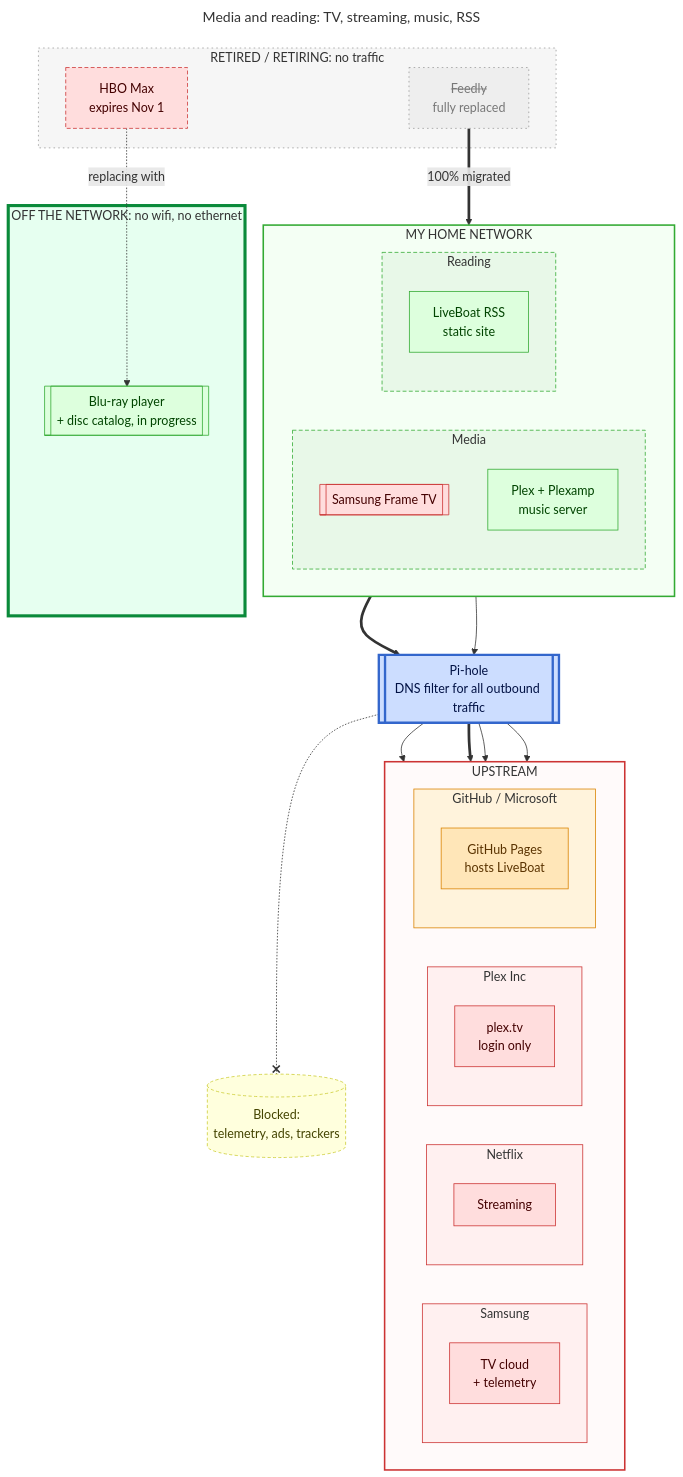
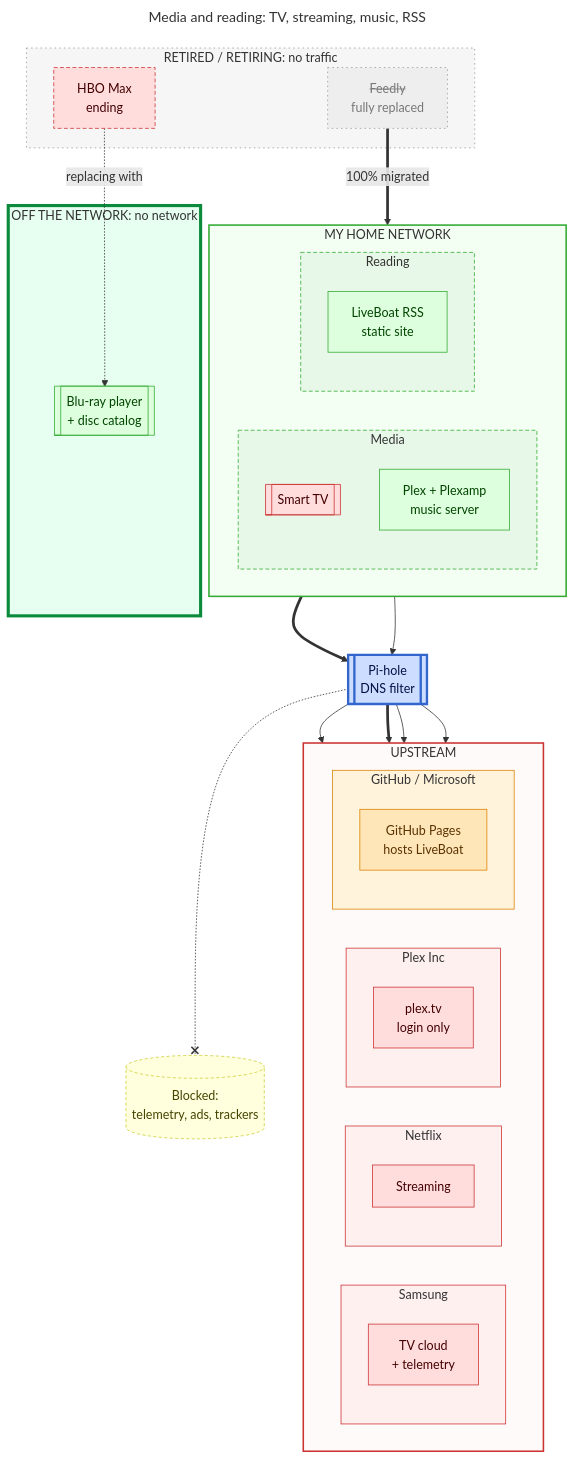
Before and after one commit to lowlydba/torch-the-tech: the first of 3 diagrams in README.md, drawn with Mermaid. The commit also changed other lines of this file, not shown here.

```diff
--- a/README.md
+++ b/README.md
@@ -22,7 +22,7 @@
 
         subgraph h_media["Media"]
             direction TB
-            frame[[Samsung Frame TV]]
+            frame[[Smart TV]]
             plex[Plex + Plexamp<br/>music server]
         end
 
@@ -34,14 +34,14 @@
 
     subgraph retired["RETIRED / RETIRING: no traffic"]
         feedly[<s>Feedly</s><br/>fully replaced]
-        hbo[HBO Max<br/>expires Nov 1]
+        hbo[HBO Max<br/>ending]
     end
 
-    subgraph offline["OFF THE NETWORK: no wifi, no ethernet"]
-        bluray[[Blu-ray player<br/>+ disc catalog, in progress]]
+    subgraph offline["OFF THE NETWORK: no network"]
+        bluray[[Blu-ray player<br/>+ disc catalog]]
     end
 
-    pihole[[Pi-hole<br/>DNS filter for all outbound traffic]]
+    pihole[[Pi-hole<br/>DNS filter]]
     blocked[(Blocked:<br/>telemetry, ads, trackers)]
 
     subgraph out["UPSTREAM"]
```
